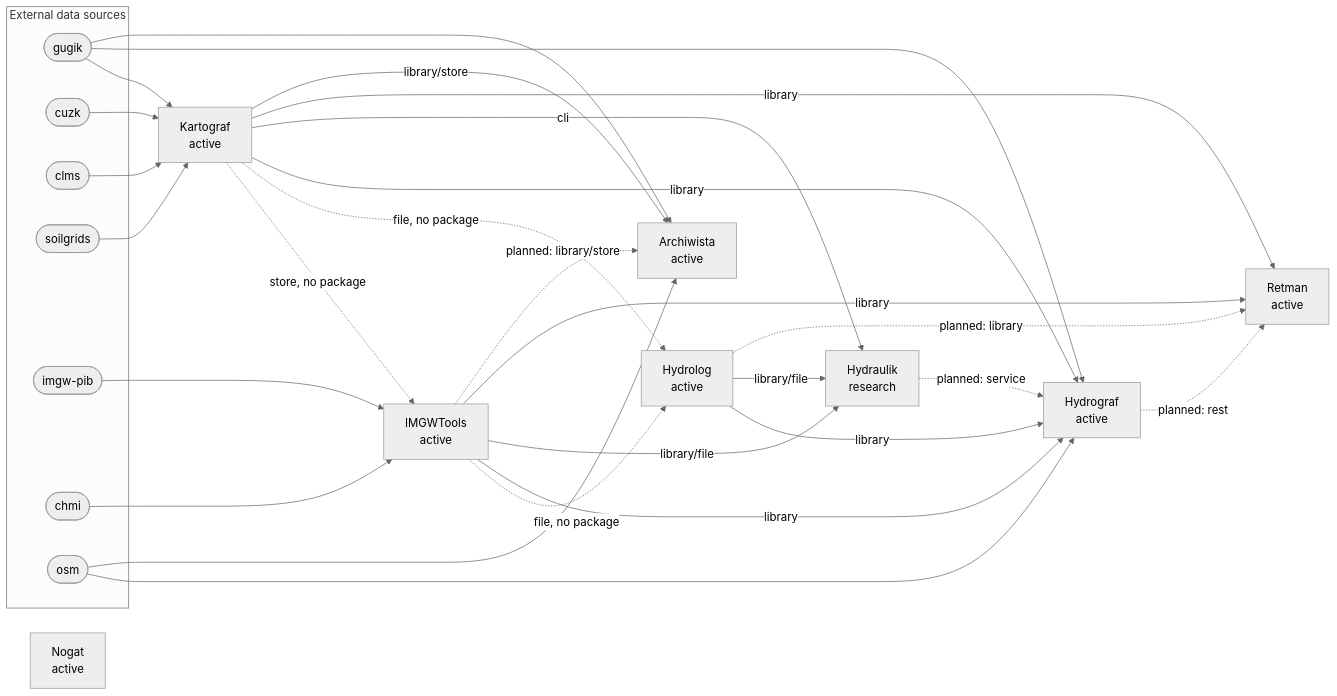
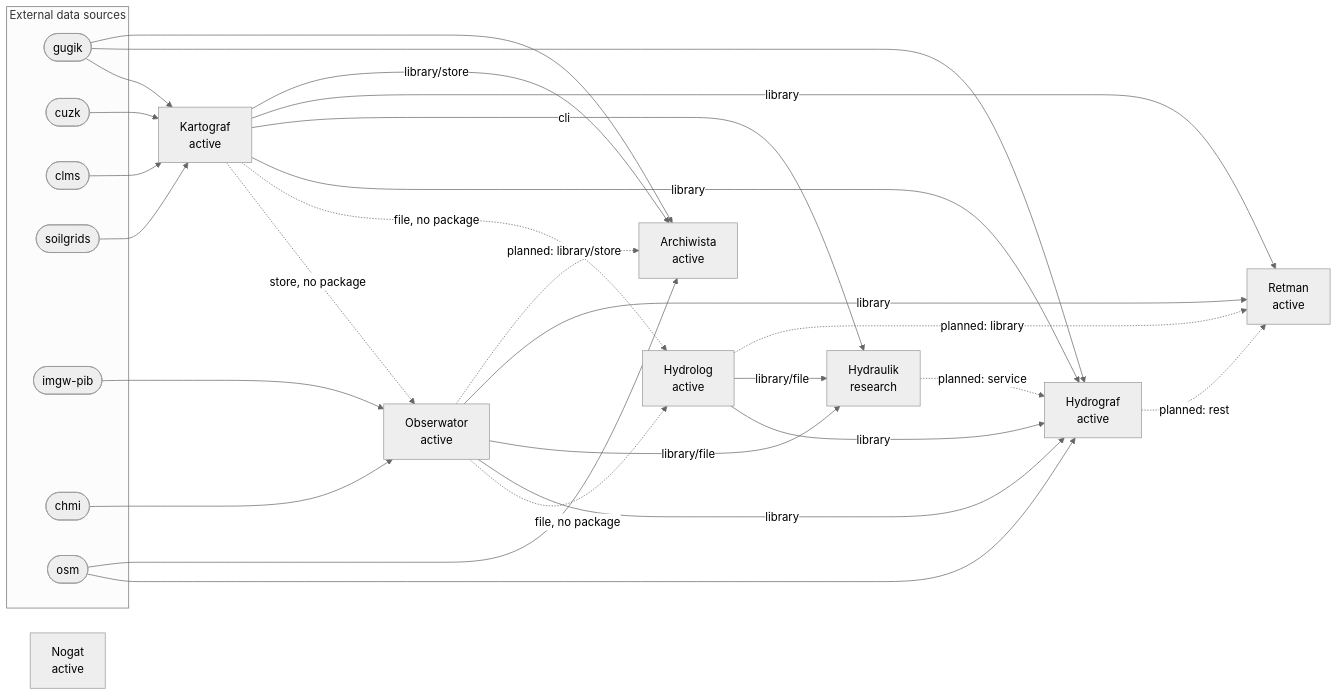
One commit to Daldek/Nogat changed the diagram in docs/ECOSYSTEM_MAP.md. Above: the diagram before and after it, drawn with Mermaid (neutral theme). The commit also changed other lines of this file and 23 other files, not shown here.

First line of the commit message:
feat(registry)!: rename IMGWTools to Obserwator

````diff
--- a/docs/ECOSYSTEM_MAP.md
+++ b/docs/ECOSYSTEM_MAP.md
@@ -15,46 +15,46 @@
 ```mermaid
 flowchart LR
   Nogat["Nogat<br/>active"]
   Kartograf["Kartograf<br/>active"]
-  IMGWTools["IMGWTools<br/>active"]
+  Obserwator["Obserwator<br/>active"]
   Hydrolog["Hydrolog<br/>active"]
   Hydrograf["Hydrograf<br/>active"]
   Hydraulik["Hydraulik<br/>research"]
   Retman["Retman<br/>active"]
   Archiwista["Archiwista<br/>active"]
   subgraph external[External data sources]
     src_gugik(["gugik"])
     src_cuzk(["cuzk"])
     src_clms(["clms"])
     src_soilgrids(["soilgrids"])
     src_imgw_pib(["imgw-pib"])
     src_chmi(["chmi"])
     src_osm(["osm"])
   end
   src_gugik --> Kartograf
   src_cuzk --> Kartograf
   src_clms --> Kartograf
   src_soilgrids --> Kartograf
-  src_imgw_pib --> IMGWTools
-  src_chmi --> IMGWTools
+  src_imgw_pib --> Obserwator
+  src_chmi --> Obserwator
   src_gugik --> Hydrograf
   src_osm --> Hydrograf
   src_gugik --> Archiwista
   src_osm --> Archiwista
-  Kartograf -. store, no package .-> IMGWTools
-  IMGWTools -. file, no package .-> Hydrolog
+  Kartograf -. store, no package .-> Obserwator
+  Obserwator -. file, no package .-> Hydrolog
   Kartograf -. file, no package .-> Hydrolog
   Kartograf -- library --> Hydrograf
   Hydrolog -- library --> Hydrograf
-  IMGWTools -- library --> Hydrograf
+  Obserwator -- library --> Hydrograf
   Hydraulik -. planned: service .-> Hydrograf
   Kartograf -- cli --> Hydraulik
-  IMGWTools -- library/file --> Hydraulik
+  Obserwator -- library/file --> Hydraulik
   Hydrolog -- library/file --> Hydraulik
   Kartograf -- library --> Retman
-  IMGWTools -- library --> Retman
+  Obserwator -- library --> Retman
   Hydrolog -. planned: library .-> Retman
   Hydrograf -. planned: rest .-> Retman
   Kartograf -- library/store --> Archiwista
-  IMGWTools -. planned: library/store .-> Archiwista
+  Obserwator -. planned: library/store .-> Archiwista
 ```
````
